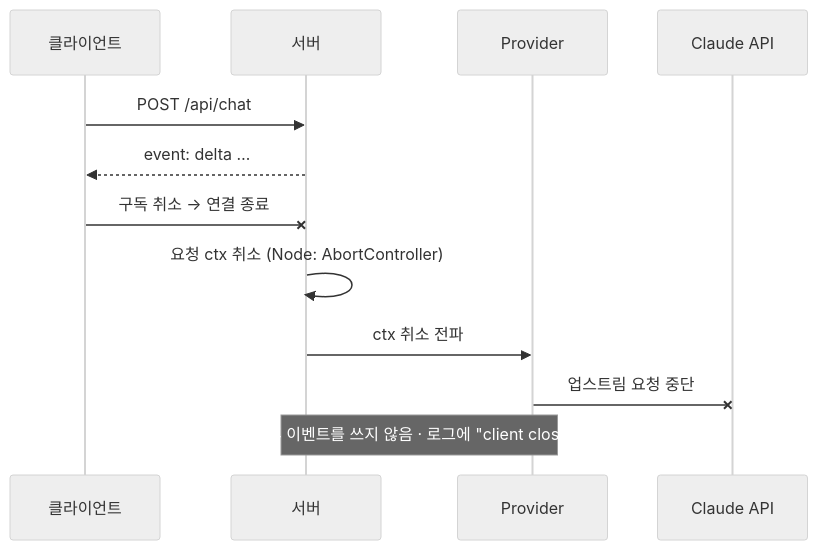
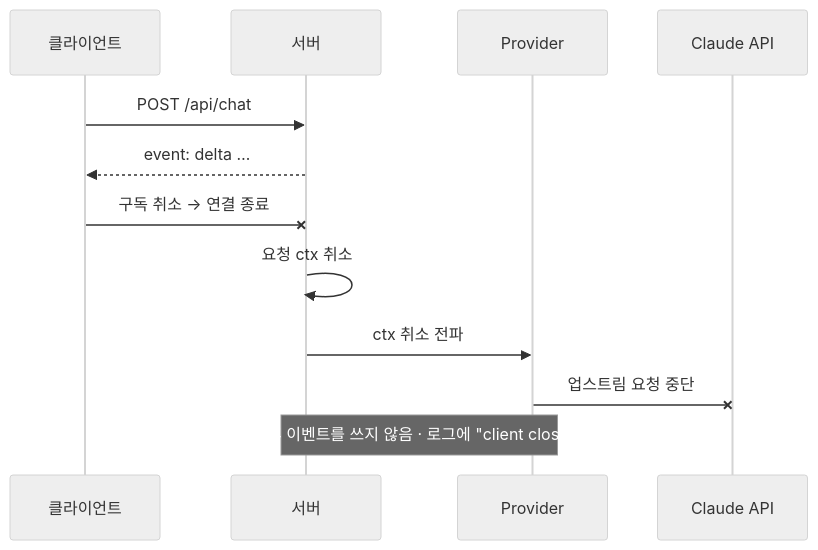
The fourth of 7 diagrams in ARCHITECTURE.md (kimtaesung98/ai-agent-chat-demo), drawn with Mermaid (neutral theme) before and after one commit. The commit also changed other lines of this file and 50 other files, not shown here.

````diff
--- a/ARCHITECTURE.md
+++ b/ARCHITECTURE.md
@@ -317,14 +289,14 @@
 ```mermaid
 sequenceDiagram
     participant C as 클라이언트
     participant S as 서버
     participant P as Provider
     participant A as Claude API
     C->>S: POST /api/chat
     S-->>C: event: delta …
     C-xS: 구독 취소 → 연결 종료
-    S->>S: 요청 ctx 취소 (Node: AbortController)
+    S->>S: 요청 ctx 취소
     S->>P: ctx 취소 전파
     P-xA: 업스트림 요청 중단
     Note over S,P: 이후 이벤트를 쓰지 않음 · 로그에 "client closed"
 ```
````
